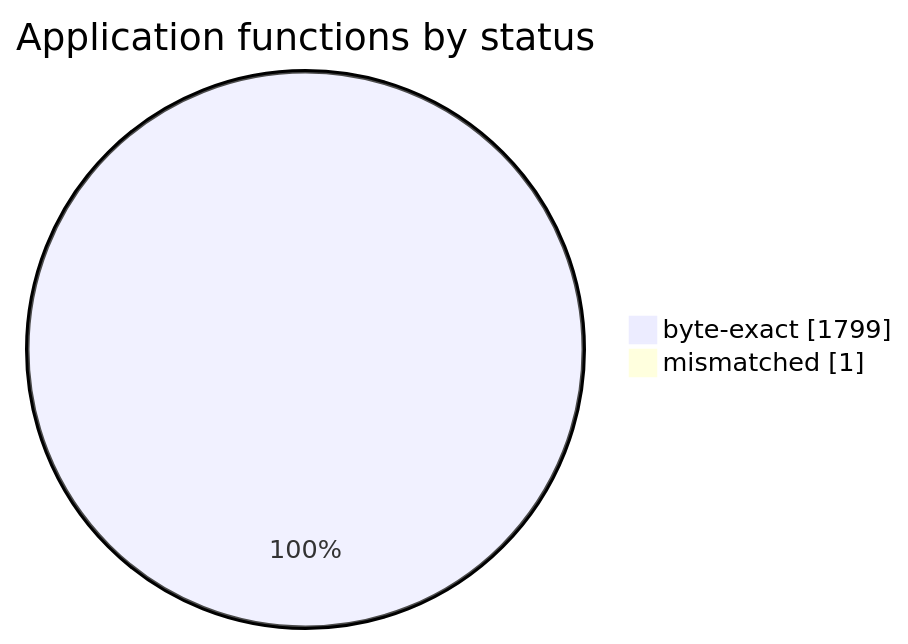
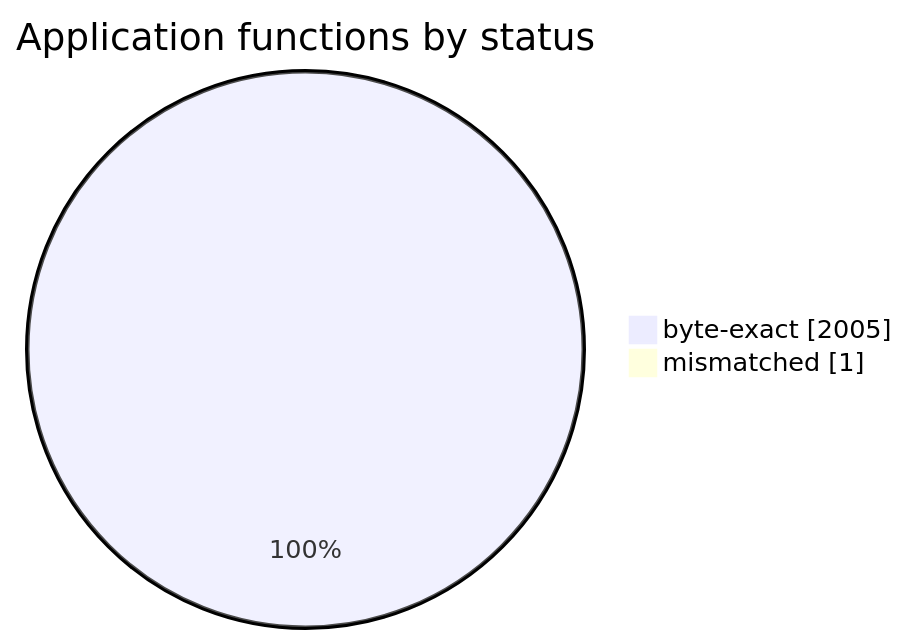
Before and after one commit to sorokya/eos: the diagram in README.md, drawn with Mermaid. The commit also changed other lines of this file and 6 other files, not shown here.

````diff
--- a/README.md
+++ b/README.md
@@ -154,6 +154,6 @@
 ```mermaid
 pie showData
     title Application functions by status
-    "byte-exact" : 1799
+    "byte-exact" : 2005
     "mismatched" : 1
 ```
````
